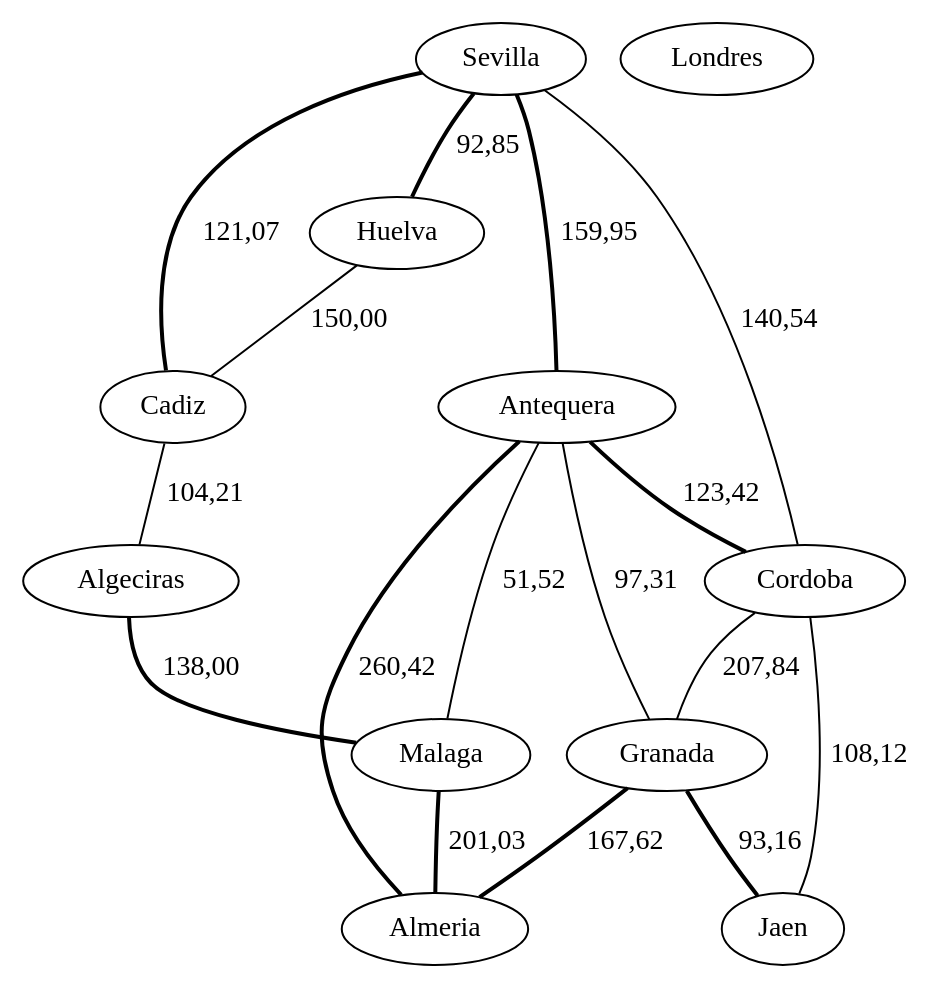
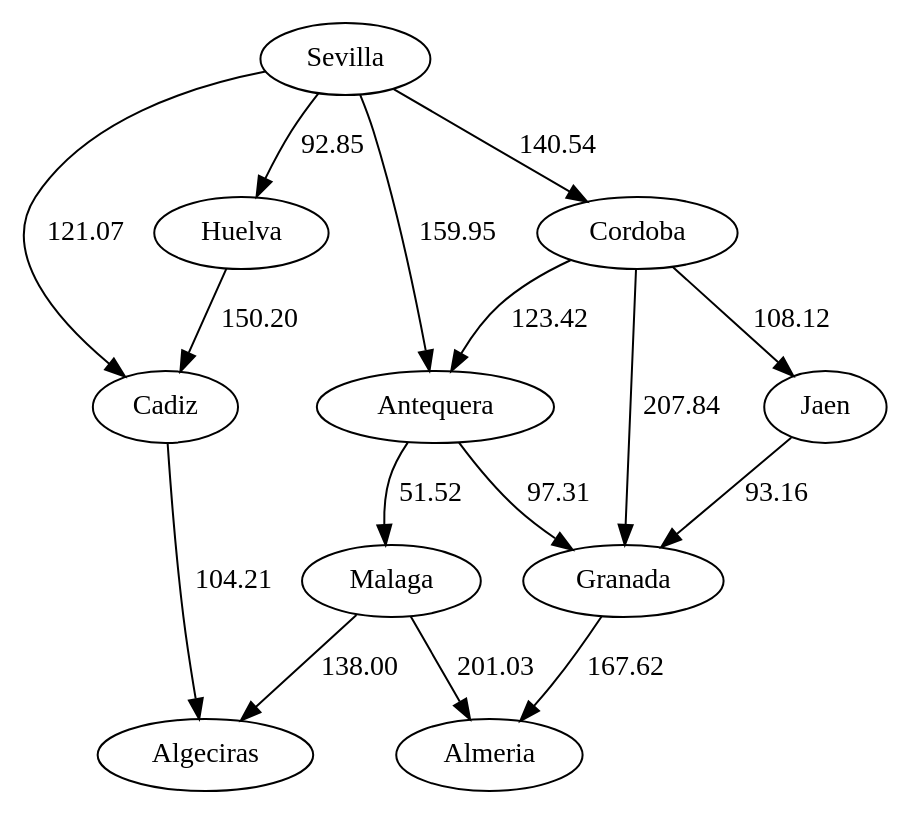
One commit to migueltoro/ada_v2_18 changed the diagram in java/EjemplosDeGrafos/ficheros/andaluciaAStar.gv. Above: the diagram before and after it, drawn with Graphviz. The commit also changed 14 other files, not shown here.

```diff
--- a/java/EjemplosDeGrafos/ficheros/andaluciaAStar.gv
+++ b/java/EjemplosDeGrafos/ficheros/andaluciaAStar.gv
@@ -1,29 +1,27 @@
-strict graph G {
-  1 [ color="black" label="Sevilla" ];
-  2 [ color="black" label="Cadiz" ];
-  3 [ color="black" label="Huelva" ];
-  4 [ color="black" label="Cordoba" ];
-  5 [ color="black" label="Malaga" ];
-  6 [ color="black" label="Antequera" ];
-  7 [ color="black" label="Almeria" ];
-  8 [ color="black" label="Granada" ];
-  9 [ color="black" label="Jaen" ];
-  10 [ color="black" label="Algeciras" ];
-  11 [ color="black" label="Londres" ];
-  1 -- 3 [ style="bold" label="92,85" ];
-  1 -- 4 [ style="solid" label="140,54" ];
-  1 -- 2 [ style="bold" label="121,07" ];
-  1 -- 6 [ style="bold" label="159,95" ];
-  3 -- 2 [ style="solid" label="150,00" ];
-  6 -- 8 [ style="solid" label="97,31" ];
-  6 -- 5 [ style="solid" label="51,52" ];
-  6 -- 4 [ style="bold" label="123,42" ];
-  6 -- 7 [ style="bold" label="260,42" ];
-  5 -- 7 [ style="bold" label="201,03" ];
-  4 -- 9 [ style="solid" label="108,12" ];
-  4 -- 8 [ style="solid" label="207,84" ];
-  8 -- 7 [ style="bold" label="167,62" ];
-  8 -- 9 [ style="bold" label="93,16" ];
-  2 -- 10 [ style="solid" label="104,21" ];
-  10 -- 5 [ style="bold" label="138,00" ];
+strict digraph G {
+  1 [ label="Sevilla" ];
+  2 [ label="Huelva" ];
+  3 [ label="Cordoba" ];
+  4 [ label="Cadiz" ];
+  5 [ label="Antequera" ];
+  6 [ label="Algeciras" ];
+  7 [ label="Jaen" ];
+  8 [ label="Granada" ];
+  9 [ label="Malaga" ];
+  10 [ label="Almeria" ];
+  1 -> 2 [ label="92.85" ];
+  1 -> 3 [ label="140.54" ];
+  1 -> 4 [ label="121.07" ];
+  1 -> 5 [ label="159.95" ];
+  2 -> 4 [ label="150.20" ];
+  4 -> 6 [ label="104.21" ];
+  3 -> 5 [ label="123.42" ];
+  3 -> 7 [ label="108.12" ];
+  3 -> 8 [ label="207.84" ];
+  5 -> 8 [ label="97.31" ];
+  5 -> 9 [ label="51.52" ];
+  9 -> 10 [ label="201.03" ];
+  9 -> 6 [ label="138.00" ];
+  7 -> 8 [ label="93.16" ];
+  8 -> 10 [ label="167.62" ];
 }
```
